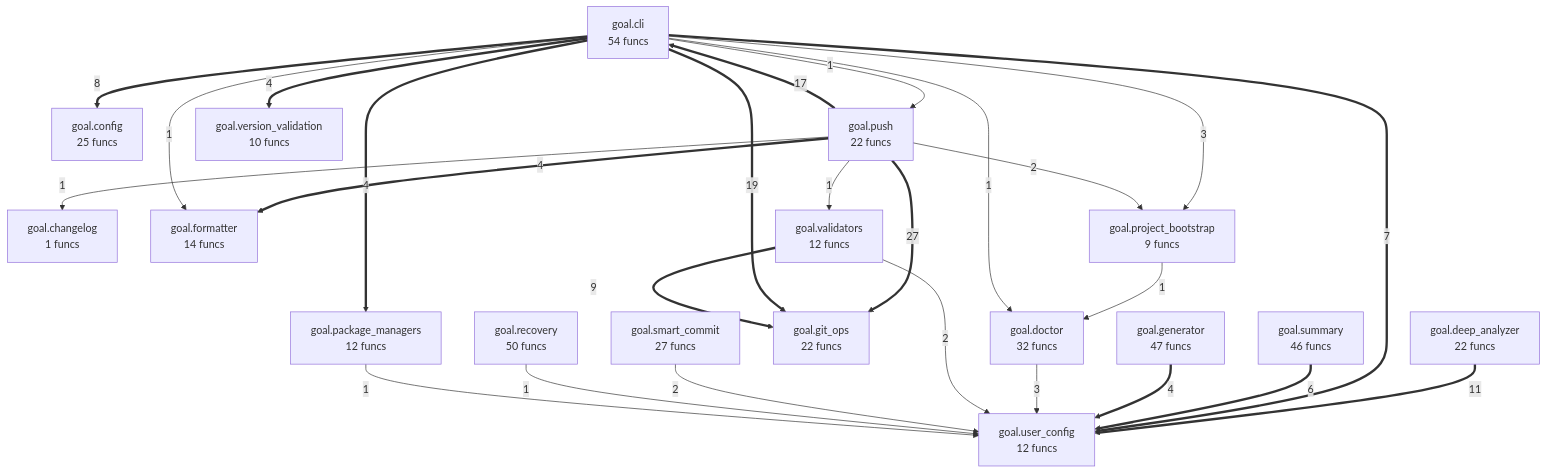
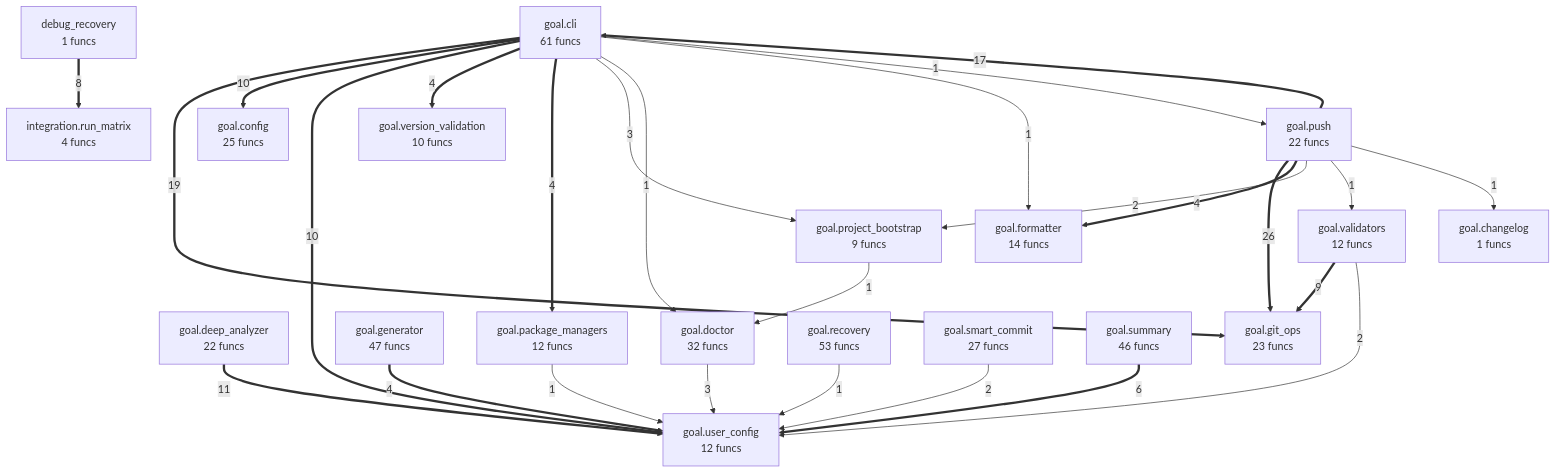
Before and after one commit to semcod/goal: the diagram in project/compact_flow.mmd, drawn with Mermaid. The commit also changed 31 other files, not shown here.

```diff
--- a/project/compact_flow.mmd
+++ b/project/compact_flow.mmd
@@ -1,43 +1,46 @@
 flowchart TD
+    debug_recovery["debug_recovery<br/>1 funcs"]
     goal__changelog["goal.changelog<br/>1 funcs"]
-    goal__cli["goal.cli<br/>54 funcs"]
+    goal__cli["goal.cli<br/>61 funcs"]
     goal__config["goal.config<br/>25 funcs"]
     goal__deep_analyzer["goal.deep_analyzer<br/>22 funcs"]
     goal__doctor["goal.doctor<br/>32 funcs"]
     goal__formatter["goal.formatter<br/>14 funcs"]
     goal__generator["goal.generator<br/>47 funcs"]
-    goal__git_ops["goal.git_ops<br/>22 funcs"]
+    goal__git_ops["goal.git_ops<br/>23 funcs"]
     goal__package_managers["goal.package_managers<br/>12 funcs"]
     goal__project_bootstrap["goal.project_bootstrap<br/>9 funcs"]
     goal__push["goal.push<br/>22 funcs"]
-    goal__recovery["goal.recovery<br/>50 funcs"]
+    goal__recovery["goal.recovery<br/>53 funcs"]
     goal__smart_commit["goal.smart_commit<br/>27 funcs"]
     goal__summary["goal.summary<br/>46 funcs"]
     goal__user_config["goal.user_config<br/>12 funcs"]
     goal__validators["goal.validators<br/>12 funcs"]
     goal__version_validation["goal.version_validation<br/>10 funcs"]
-    goal__push ==>|27| goal__git_ops
+    integration__run_matrix["integration.run_matrix<br/>4 funcs"]
+    goal__push ==>|26| goal__git_ops
     goal__cli ==>|19| goal__git_ops
     goal__push ==>|17| goal__cli
     goal__deep_analyzer ==>|11| goal__user_config
+    goal__cli ==>|10| goal__config
+    goal__cli ==>|10| goal__user_config
     goal__validators ==>|9| goal__git_ops
-    goal__cli ==>|8| goal__config
-    goal__cli ==>|7| goal__user_config
+    debug_recovery ==>|8| integration__run_matrix
     goal__summary ==>|6| goal__user_config
     goal__generator ==>|4| goal__user_config
     goal__push ==>|4| goal__formatter
     goal__cli ==>|4| goal__version_validation
     goal__cli ==>|4| goal__package_managers
     goal__cli -->|3| goal__project_bootstrap
     goal__doctor -->|3| goal__user_config
     goal__validators -->|2| goal__user_config
     goal__push -->|2| goal__project_bootstrap
     goal__smart_commit -->|2| goal__user_config
     goal__project_bootstrap -->|1| goal__doctor
     goal__push -->|1| goal__validators
     goal__cli -->|1| goal__doctor
+    goal__cli -->|1| goal__formatter
     goal__recovery -->|1| goal__user_config
-    goal__cli -->|1| goal__formatter
     goal__cli -->|1| goal__push
     goal__package_managers -->|1| goal__user_config
     goal__push -->|1| goal__changelog
```
